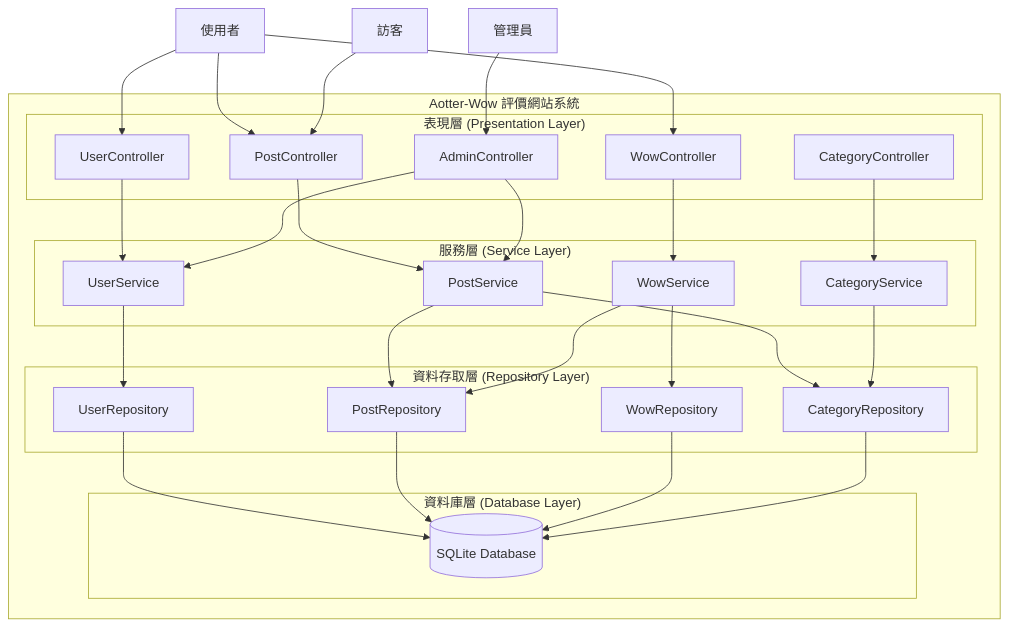
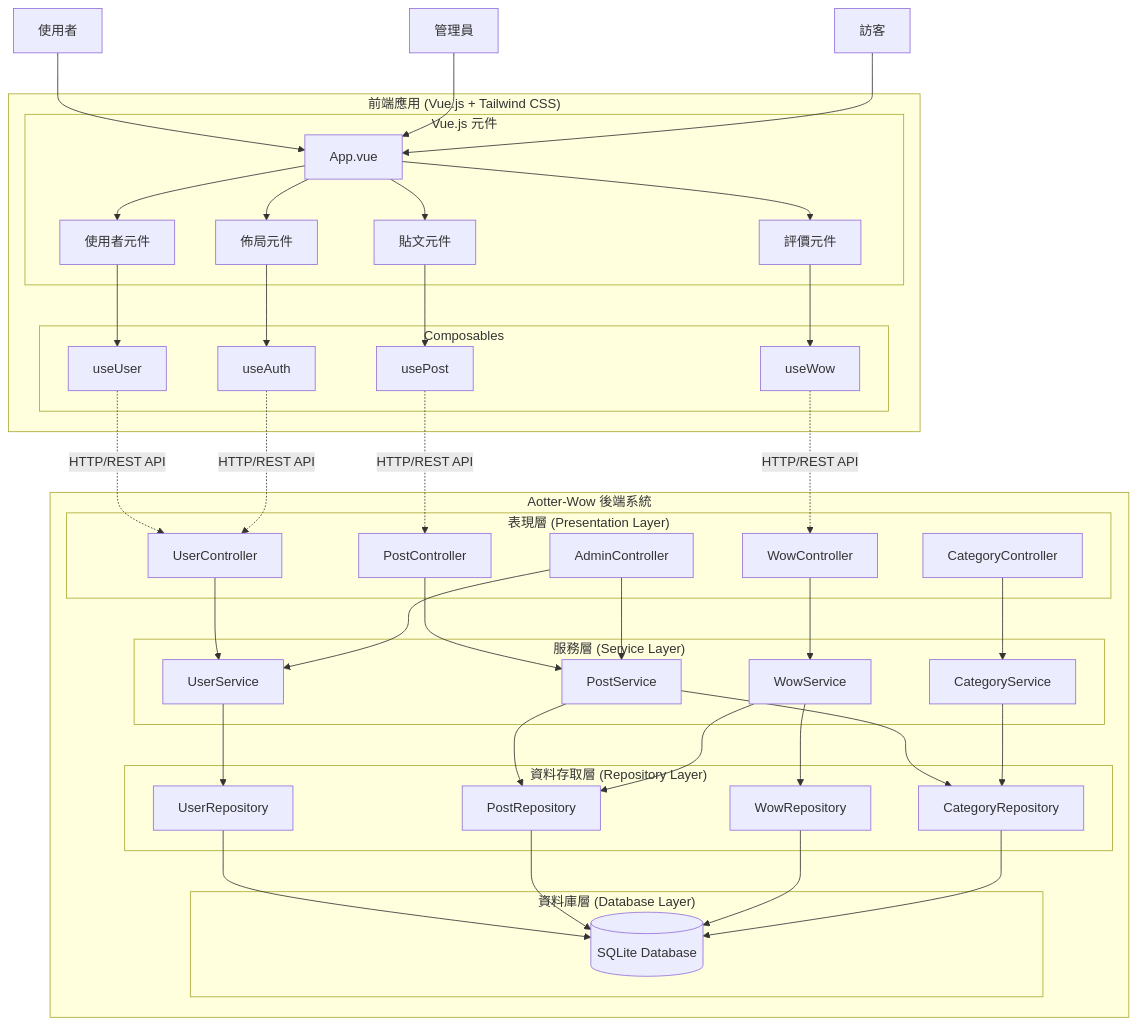
Before and after one commit to ayugioh2003/ooad-ai: the first of 2 diagrams in aotter-wow-system/docs/architecture.md, drawn with Mermaid. The commit also changed other lines of this file and 1 other file, not shown here.

````diff
--- a/aotter-wow-system/docs/architecture.md
+++ b/aotter-wow-system/docs/architecture.md
@@ -27,6 +32,23 @@
 ```mermaid
 flowchart TD
-    subgraph "Aotter-Wow 評價網站系統"
+    subgraph "前端應用 (Vue.js + Tailwind CSS)"
+        subgraph "Vue.js 元件"
+            App[App.vue]
+            UserComponents[使用者元件]
+            PostComponents[貼文元件]
+            WowComponents[評價元件]
+            Layout[佈局元件]
+        end
+        
+        subgraph "Composables"
+            UserAPI[useUser]
+            PostAPI[usePost]
+            WowAPI[useWow]
+            AuthAPI[useAuth]
+        end
+    end
+    
+    subgraph "Aotter-Wow 後端系統"
         subgraph "表現層 (Presentation Layer)"
             UC[UserController]
             PC[PostController]
@@ -59,13 +81,28 @@
     Admin[管理員]
     Guest[訪客]
     
-    %% 連接關係
-    User --> UC
-    User --> PC
-    User --> WC
-    Admin --> AC
-    Guest --> PC
+    %% 前端連接
+    User --> App
+    Admin --> App
+    Guest --> App
     
+    App --> UserComponents
+    App --> PostComponents
+    App --> WowComponents
+    App --> Layout
+    
+    UserComponents --> UserAPI
+    PostComponents --> PostAPI
+    WowComponents --> WowAPI
+    Layout --> AuthAPI
+    
+    %% API 連接
+    UserAPI -.->|HTTP/REST API| UC
+    PostAPI -.->|HTTP/REST API| PC
+    WowAPI -.->|HTTP/REST API| WC
+    AuthAPI -.->|HTTP/REST API| UC
+    
+    %% 後端連接
     UC --> US
     PC --> PS
     WC --> WS
````
